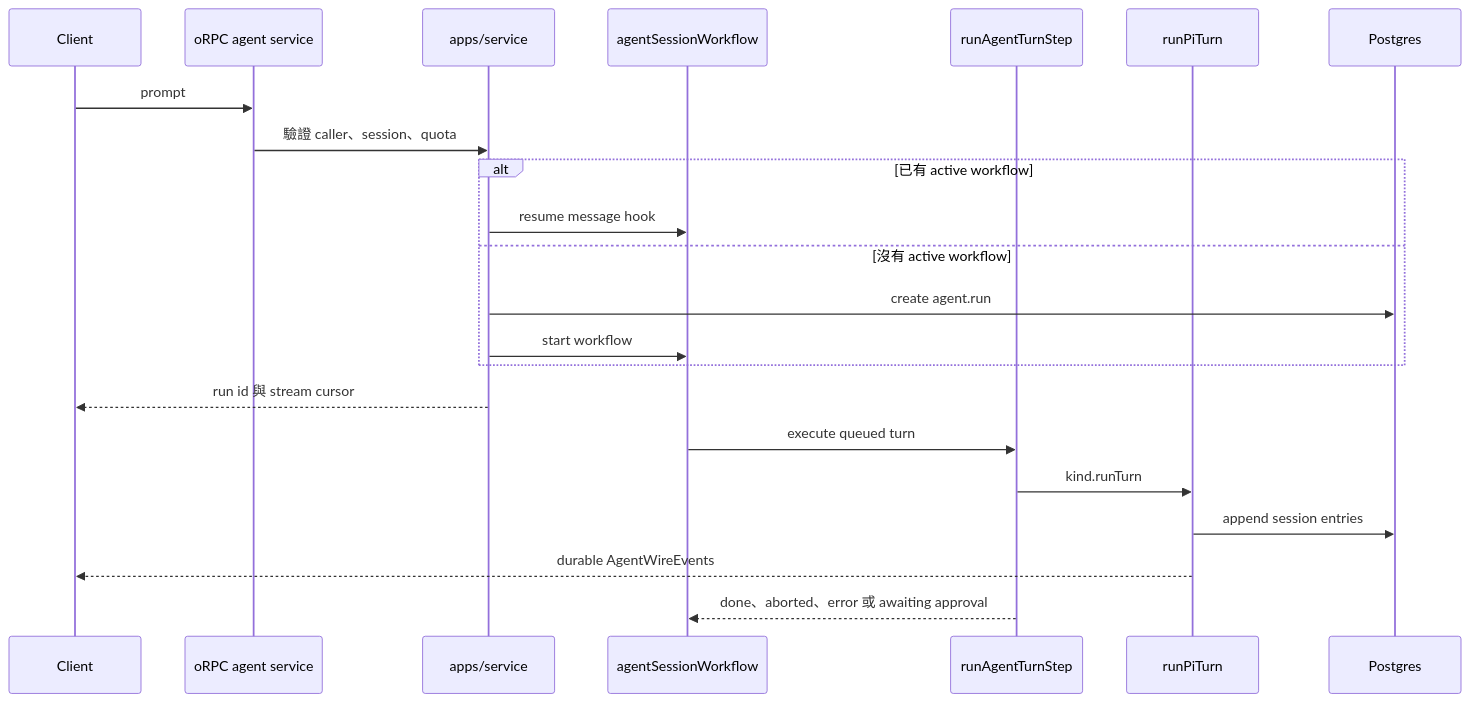
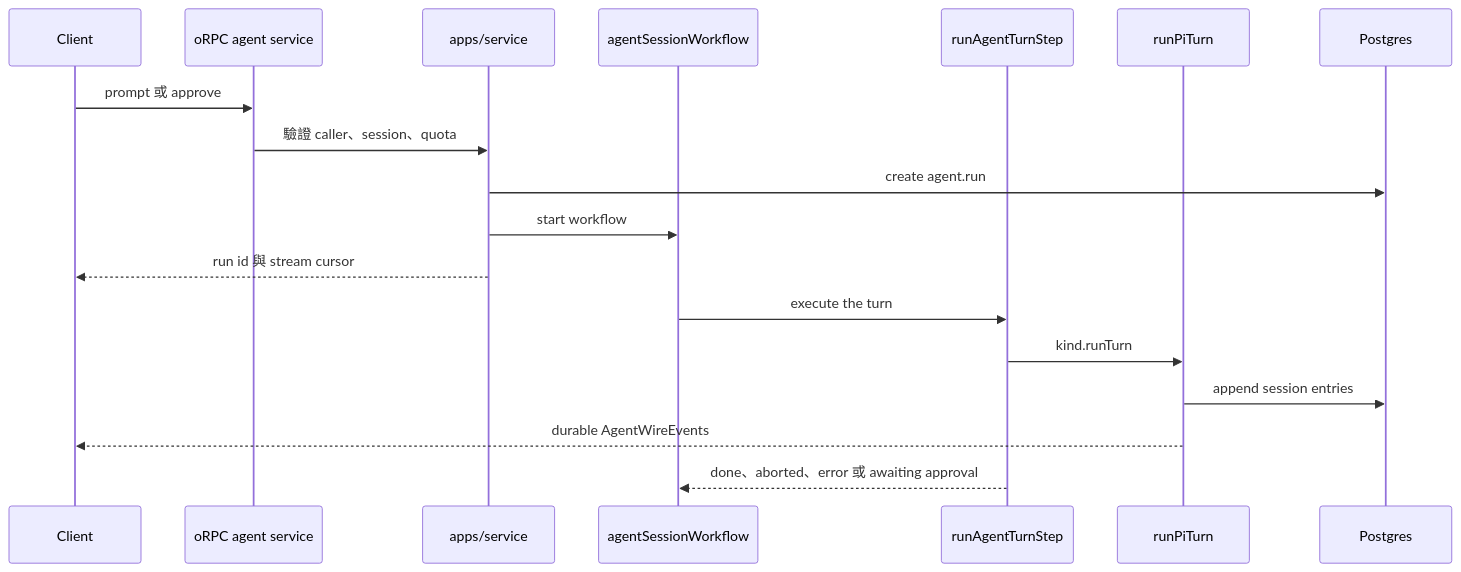
Before and after one commit to Chia1104/chia1104.dev: the second of 3 diagrams in docs/agent-architecture.zh.md, drawn with Mermaid. The commit also changed other lines of this file and 22 other files, not shown here.

First line of the commit message:
refactor(agent): one workflow run per turn, no parked hooks

````diff
--- a/docs/agent-architecture.zh.md
+++ b/docs/agent-architecture.zh.md
@@ -104,25 +104,21 @@
 ```mermaid
 sequenceDiagram
     participant UI as Client
     participant API as oRPC agent service
     participant SVC as apps/service
     participant WF as agentSessionWorkflow
     participant STEP as runAgentTurnStep
     participant RT as runPiTurn
     participant PG as Postgres
 
-    UI->>API: prompt
+    UI->>API: prompt 或 approve
     API->>SVC: 驗證 caller、session、quota
-    alt 已有 active workflow
-        SVC->>WF: resume message hook
-    else 沒有 active workflow
-        SVC->>PG: create agent.run
-        SVC->>WF: start workflow
-    end
+    SVC->>PG: create agent.run
+    SVC->>WF: start workflow
     SVC-->>UI: run id 與 stream cursor
-    WF->>STEP: execute queued turn
+    WF->>STEP: execute the turn
     STEP->>RT: kind.runTurn
     RT->>PG: append session entries
     RT-->>UI: durable AgentWireEvents
     STEP-->>WF: done、aborted、error 或 awaiting approval
 ```
````
